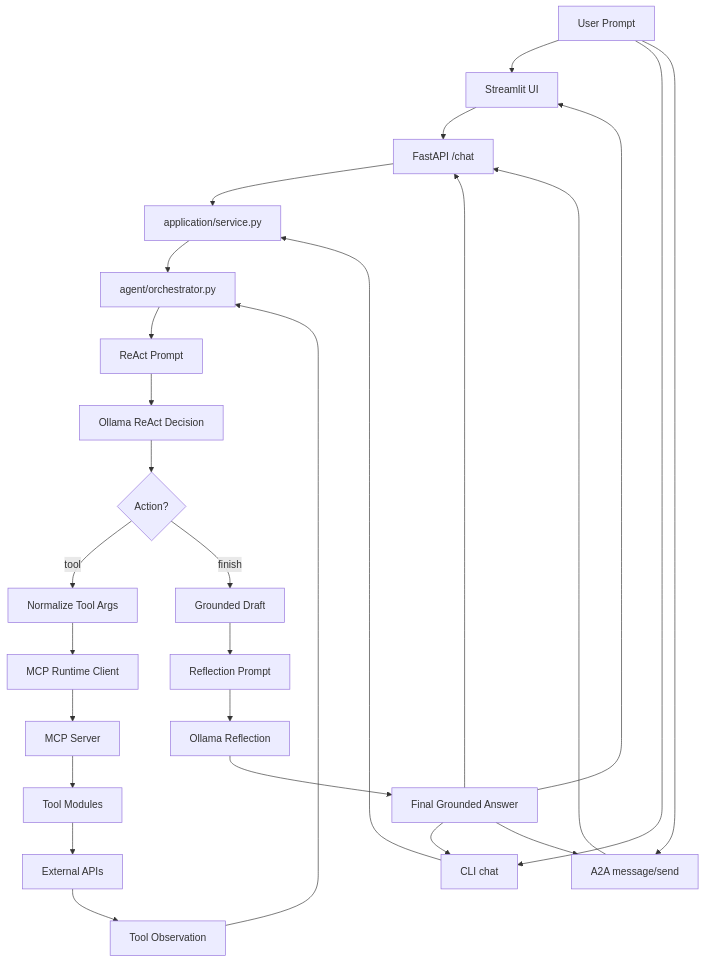
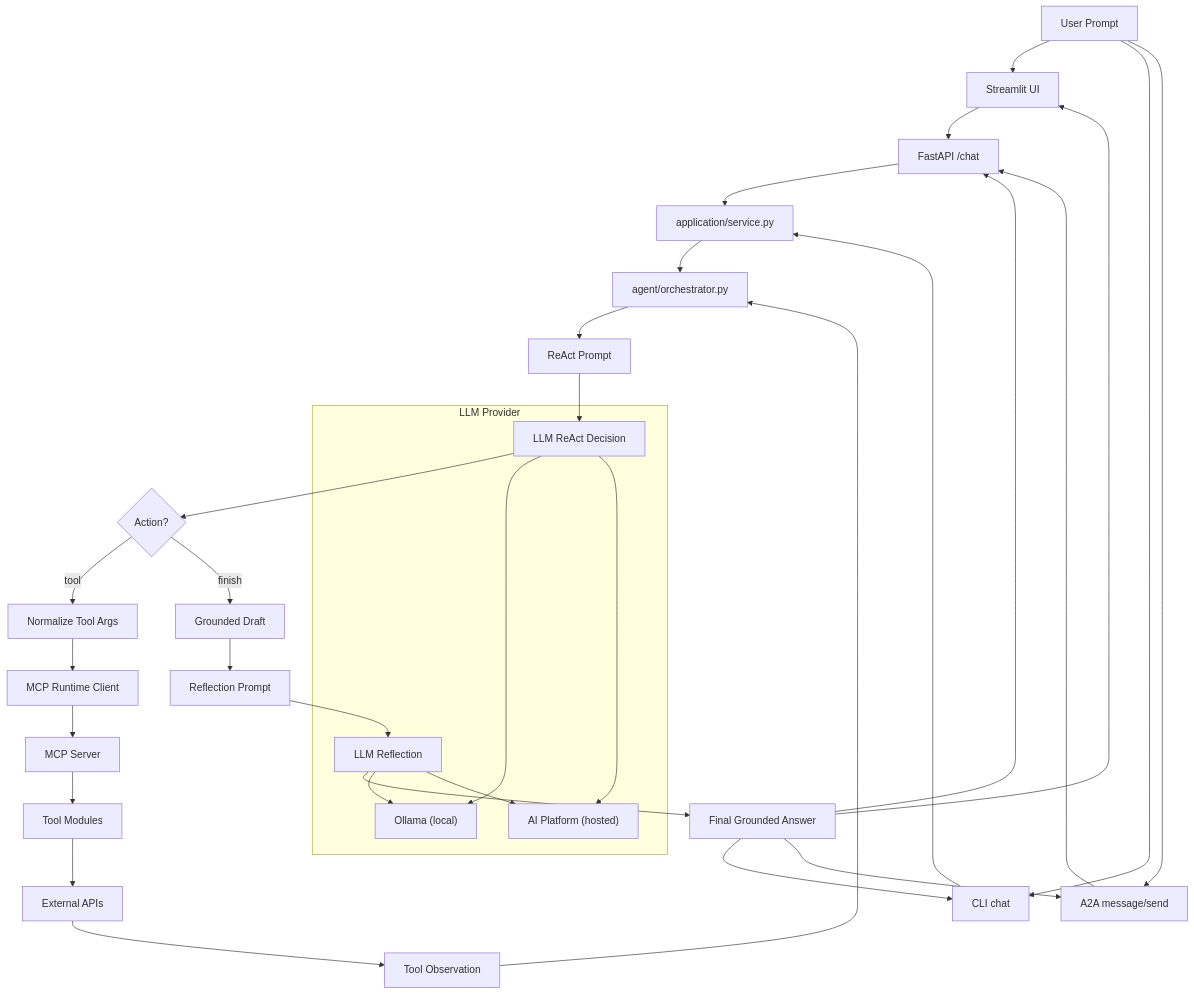
Before and after one commit to ps-mohit-kapadia/L2-weekend-wizard: the diagram in README.md, drawn with Mermaid. The commit also changed other lines of this file, not shown here.

Commit message:
docs: document AI Platform as alternative LLM provider.

````diff
--- a/README.md
+++ b/README.md
@@ -61,29 +61,36 @@
 ```mermaid
 flowchart TD
     A["User Prompt"] --> B["Streamlit UI"]
     A --> CLI["CLI chat"]
     A --> A2A["A2A message/send"]
     B --> C["FastAPI /chat"]
     CLI --> D["application/service.py"]
     A2A --> C
     C --> D["application/service.py"]
     D --> E["agent/orchestrator.py"]
     E --> F["ReAct Prompt"]
-    F --> G["Ollama ReAct Decision"]
+    F --> G["LLM ReAct Decision"]
     G --> H{"Action?"}
     H -->|tool| I["Normalize Tool Args"]
     I --> J["MCP Runtime Client"]
     J --> K["MCP Server"]
     K --> L["Tool Modules"]
     L --> M["External APIs"]
     M --> N["Tool Observation"]
     N --> E
     H -->|finish| O["Grounded Draft"]
     O --> P["Reflection Prompt"]
-    P --> Q["Ollama Reflection"]
+    P --> Q["LLM Reflection"]
     Q --> R["Final Grounded Answer"]
     R --> C
     R --> B
     R --> CLI
     R --> A2A
+    
+    subgraph "LLM Provider"
+        G --> OLLAMA["Ollama (local)"]
+        G --> AIPLATFORM["AI Platform (hosted)"]
+        Q --> OLLAMA
+        Q --> AIPLATFORM
+    end
 ```
````
